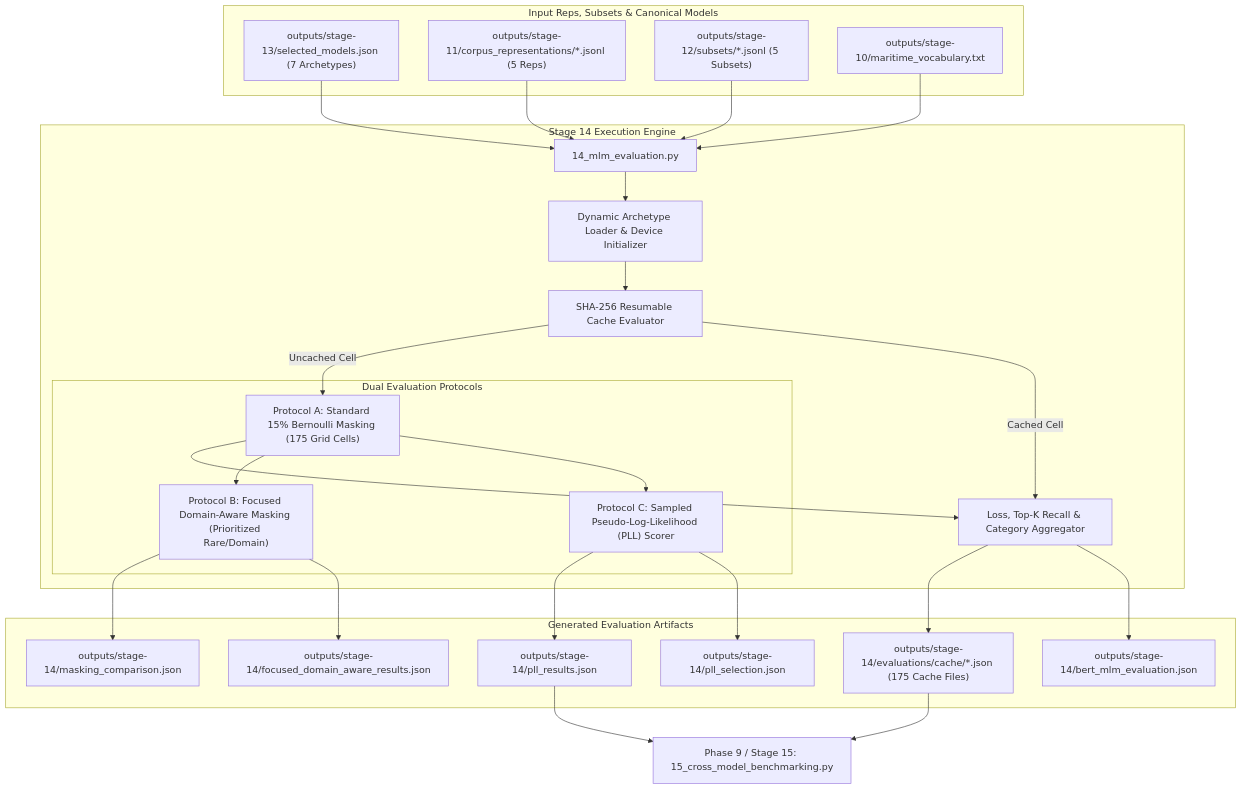
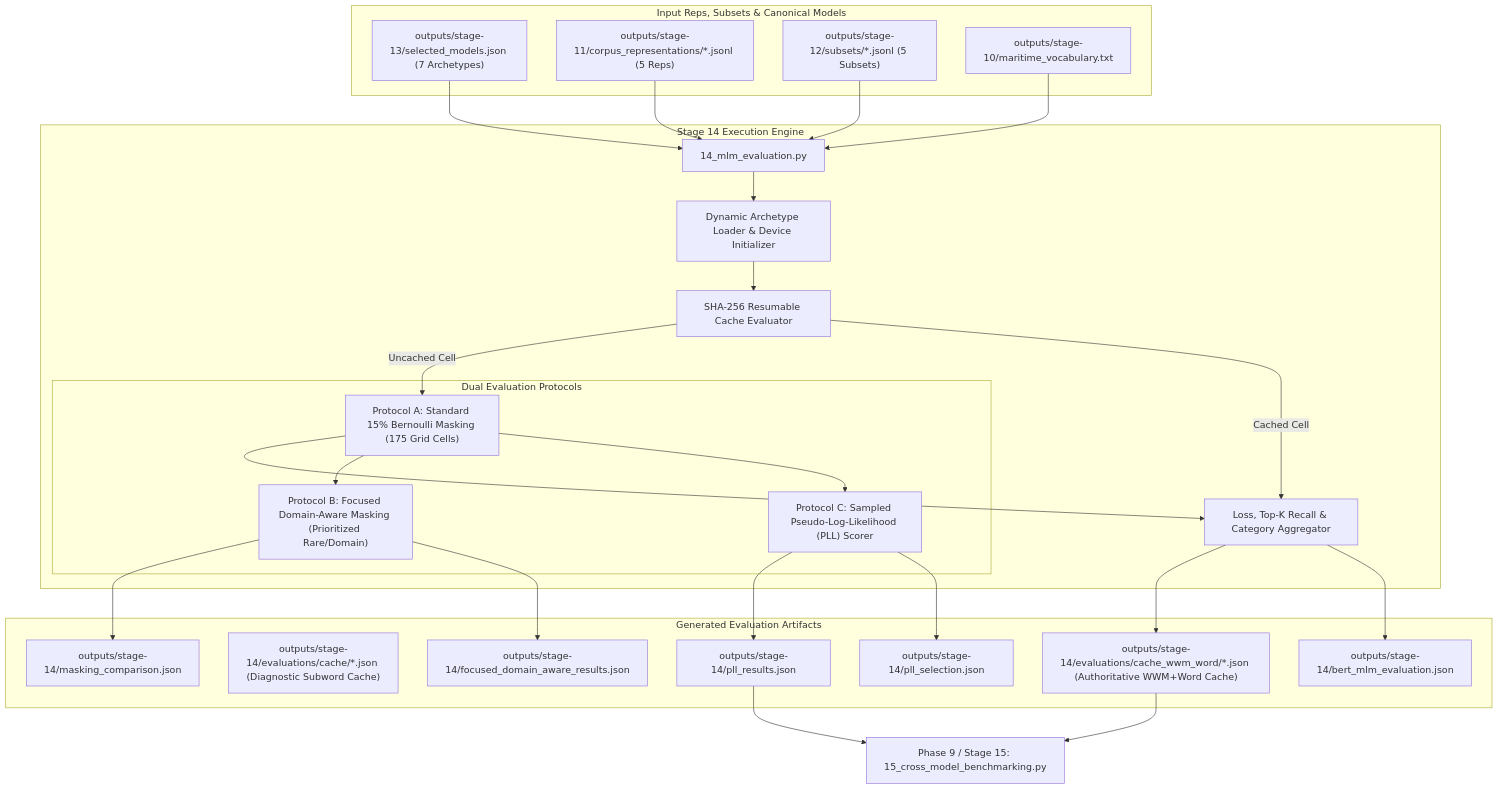
One commit to AbhishekYadav2207/TSBC-MaritimePipeline-PR changed the diagram in documentation/08_phase8_mlm_evaluation.md. Above: the diagram before and after it, drawn with Mermaid. The commit also changed other lines of this file and 77 other files, not shown here.

````diff
--- a/documentation/08_phase8_mlm_evaluation.md
+++ b/documentation/08_phase8_mlm_evaluation.md
@@ -20,45 +25,46 @@
 ```mermaid
 flowchart TD
     subgraph Inputs ["Input Reps, Subsets & Canonical Models"]
         SelectedJSON["outputs/stage-13/selected_models.json (7 Archetypes)"]
         RepsDir["outputs/stage-11/corpus_representations/*.jsonl (5 Reps)"]
         SubsetsDir["outputs/stage-12/subsets/*.jsonl (5 Subsets)"]
         VocabTXT["outputs/stage-10/maritime_vocabulary.txt"]
     end
 
     subgraph Processing ["Stage 14 Execution Engine"]
         S14["14_mlm_evaluation.py"]
         ModelLoader["Dynamic Archetype Loader & Device Initializer"]
         CacheCheck["SHA-256 Resumable Cache Evaluator"]
         
         subgraph Protocols ["Dual Evaluation Protocols"]
             RandomMasking["Protocol A: Standard 15% Bernoulli Masking (175 Grid Cells)"]
             DomainMasking["Protocol B: Focused Domain-Aware Masking (Prioritized Rare/Domain)"]
             PLLScorer["Protocol C: Sampled Pseudo-Log-Likelihood (PLL) Scorer"]
         end
         
         MetricAggregator["Loss, Top-K Recall & Category Aggregator"]
     end
 
     subgraph Outputs ["Generated Evaluation Artifacts"]
-        CacheFolder["outputs/stage-14/evaluations/cache/*.json (175 Cache Files)"]
+        CacheFolder["outputs/stage-14/evaluations/cache_wwm_word/*.json (Authoritative WWM+Word Cache)"]
+        DiagnosticCacheFolder["outputs/stage-14/evaluations/cache/*.json (Diagnostic Subword Cache)"]
         MaskingCompJSON["outputs/stage-14/masking_comparison.json"]
         PLLResultsJSON["outputs/stage-14/pll_results.json"]
         PLLSelectJSON["outputs/stage-14/pll_selection.json"]
         FocusedDomainJSON["outputs/stage-14/focused_domain_aware_results.json"]
         BertLegacy["outputs/stage-14/bert_mlm_evaluation.json"]
     end
 
     SelectedJSON & RepsDir & SubsetsDir & VocabTXT --> S14
     S14 --> ModelLoader
     ModelLoader --> CacheCheck
     CacheCheck -- Uncached Cell --> RandomMasking
     RandomMasking --> MetricAggregator
     MetricAggregator --> CacheFolder & BertLegacy
     CacheCheck -- Cached Cell --> MetricAggregator
 
     RandomMasking --> DomainMasking --> MaskingCompJSON & FocusedDomainJSON
     RandomMasking --> PLLScorer --> PLLResultsJSON & PLLSelectJSON
 
     CacheFolder & PLLResultsJSON --> NextStage15["Phase 9 / Stage 15: 15_cross_model_benchmarking.py"]
 ```
````
